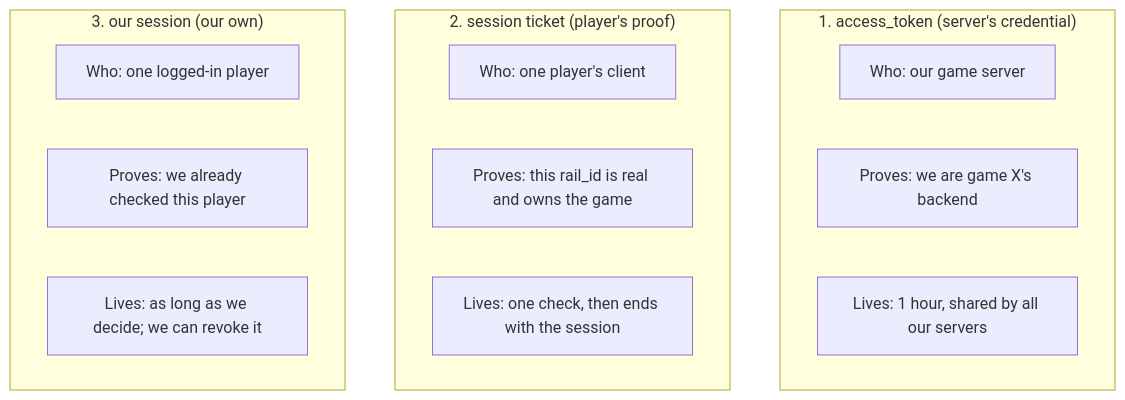
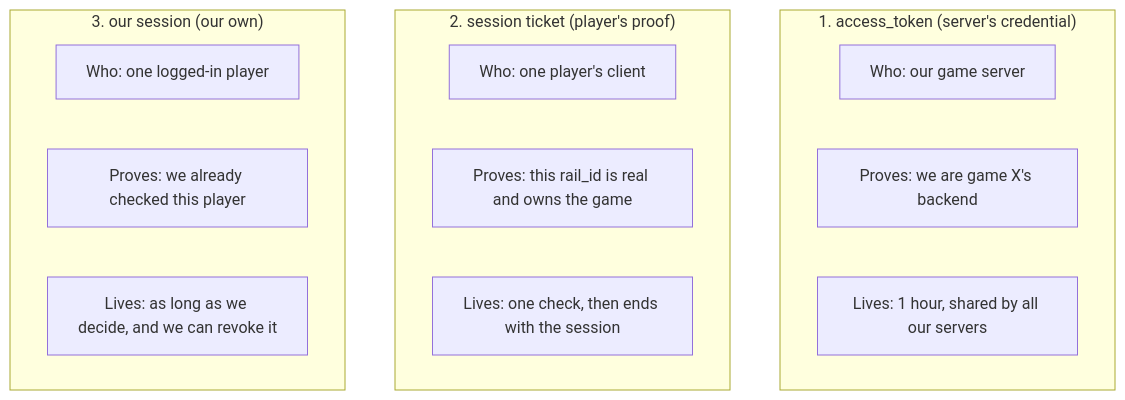
Before and after one commit to zhanghanqing/tencent-sdk-demos: the second of 13 diagrams in wegame/README.md, drawn with Mermaid. The commit also changed 7 other files, not shown here.

````diff
--- a/wegame/README.md
+++ b/wegame/README.md
@@ -72,18 +72,18 @@
 ```mermaid
 flowchart TB
     subgraph T1["1. access_token (server's credential)"]
         A1["Who: our game server"]
         A2["Proves: we are game X's backend"]
         A3["Lives: 1 hour, shared by all our servers"]
     end
     subgraph T2["2. session ticket (player's proof)"]
         B1["Who: one player's client"]
         B2["Proves: this rail_id is real and owns the game"]
         B3["Lives: one check, then ends with the session"]
     end
     subgraph T3["3. our session (our own)"]
         C1["Who: one logged-in player"]
         C2["Proves: we already checked this player"]
-        C3["Lives: as long as we decide; we can revoke it"]
+        C3["Lives: as long as we decide, and we can revoke it"]
     end
 ```
````
